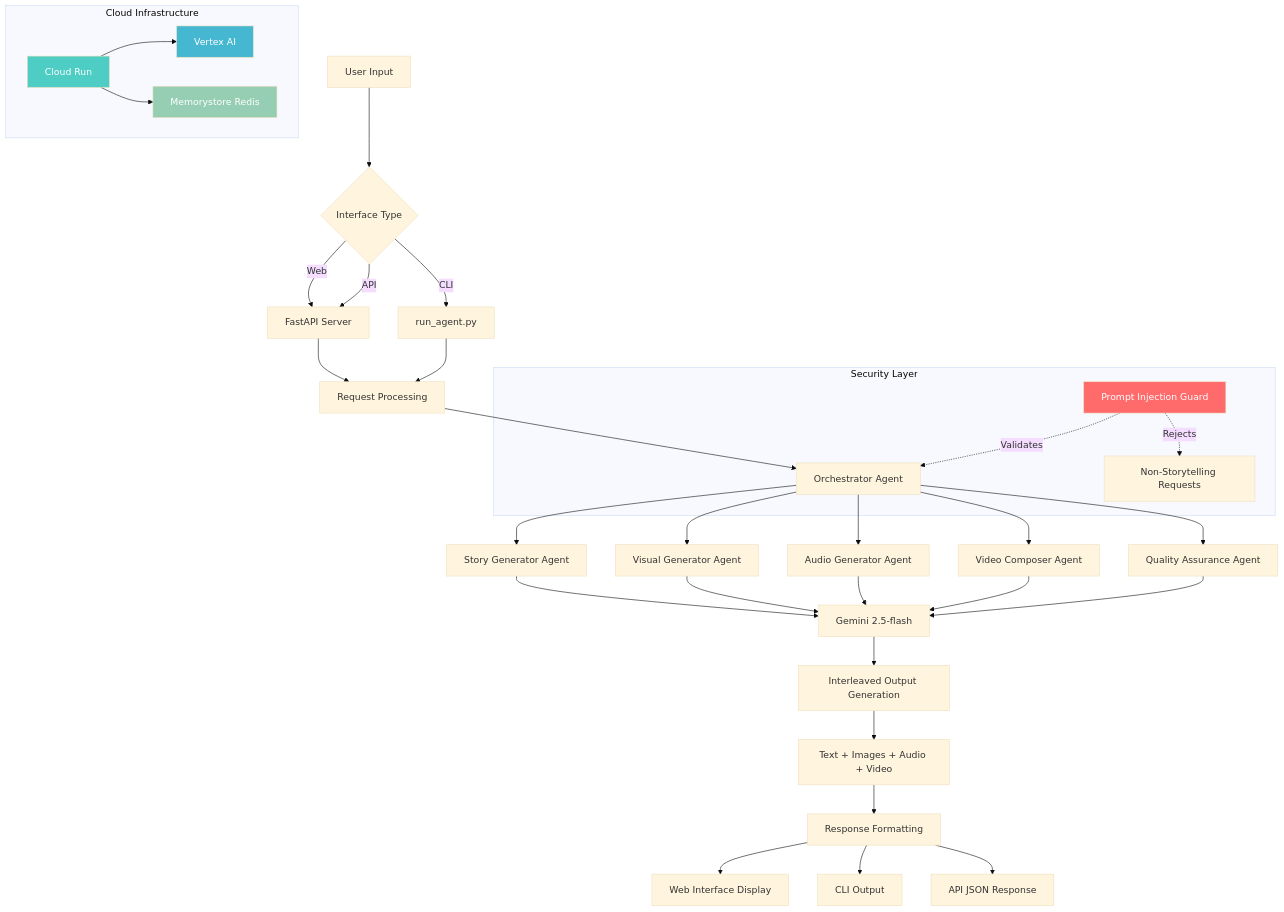
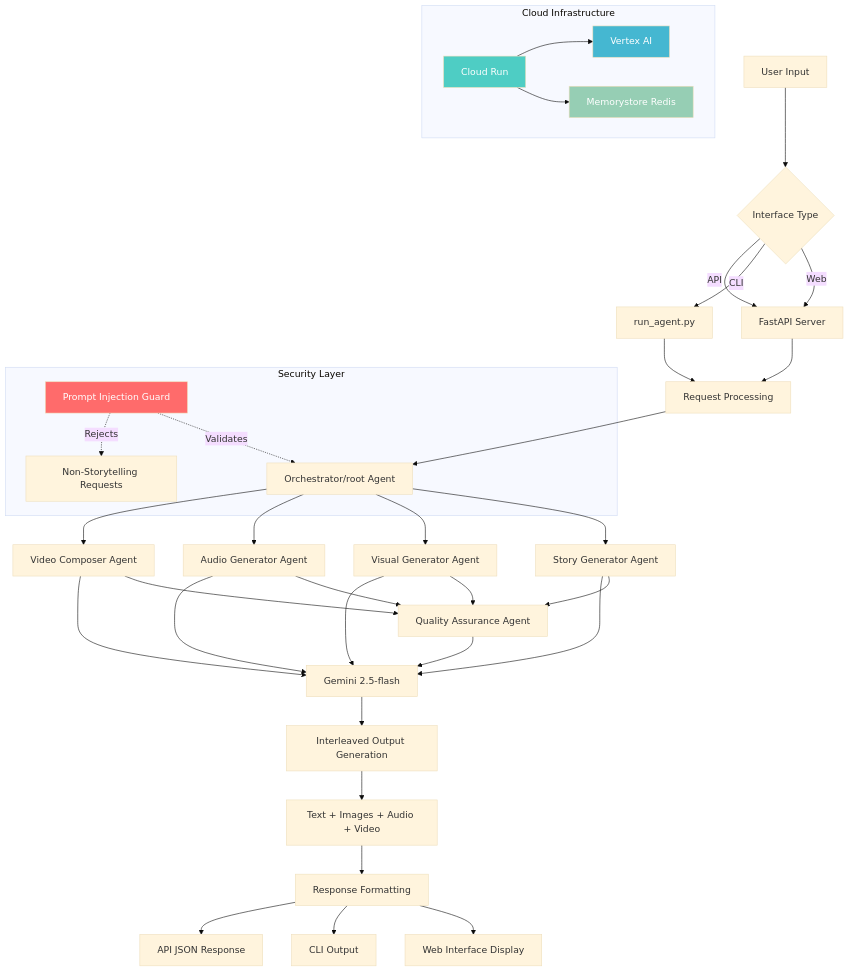
Before and after one commit to Fabr1ce/genflex: the diagram in README.md, drawn with Mermaid (base theme). The commit also changed other lines of this file, not shown here.

````diff
--- a/README.md
+++ b/README.md
@@ -41,50 +41,53 @@
 ```mermaid
 graph TD
     A[User Input] --> B{Interface Type}
     B -->|Web| C[FastAPI Server]
     B -->|CLI| D[run_agent.py]
     B -->|API| C
 
     C --> E[Request Processing]
     D --> E
 
-    E --> F[Orchestrator Agent]
+    E --> F[Orchestrator/root Agent]
     F --> G[Story Generator Agent]
     F --> H[Visual Generator Agent]
     F --> I[Audio Generator Agent]
     F --> J[Video Composer Agent]
-    F --> K[Quality Assurance Agent]
+    J --> K[Quality Assurance Agent]
+    I --> K[Quality Assurance Agent]
+    H --> K[Quality Assurance Agent]
+    G --> K[Quality Assurance Agent]
 
     G --> L[Gemini 2.5-flash]
     H --> L
     I --> L
     J --> L
     K --> L
 
     L --> M[Interleaved Output Generation]
     M --> N[Text + Images + Audio + Video]
 
     N --> O[Response Formatting]
     O --> P[Web Interface Display]
     O --> Q[CLI Output]
     O --> R[API JSON Response]
 
     subgraph "Security Layer"
         S[Prompt Injection Guard]
         S -.->|Validates| F
         S -.->|Rejects| T[Non-Storytelling Requests]
     end
 
     subgraph "Cloud Infrastructure"
         U[Cloud Run]
         V[Vertex AI]
         W[Memorystore Redis]
         U --> V
         U --> W
     end
 
     style S fill:#ff6b6b,color:#fff
     style U fill:#4ecdc4,color:#fff
     style V fill:#45b7d1,color:#fff
     style W fill:#96ceb4,color:#fff
 ```
````
